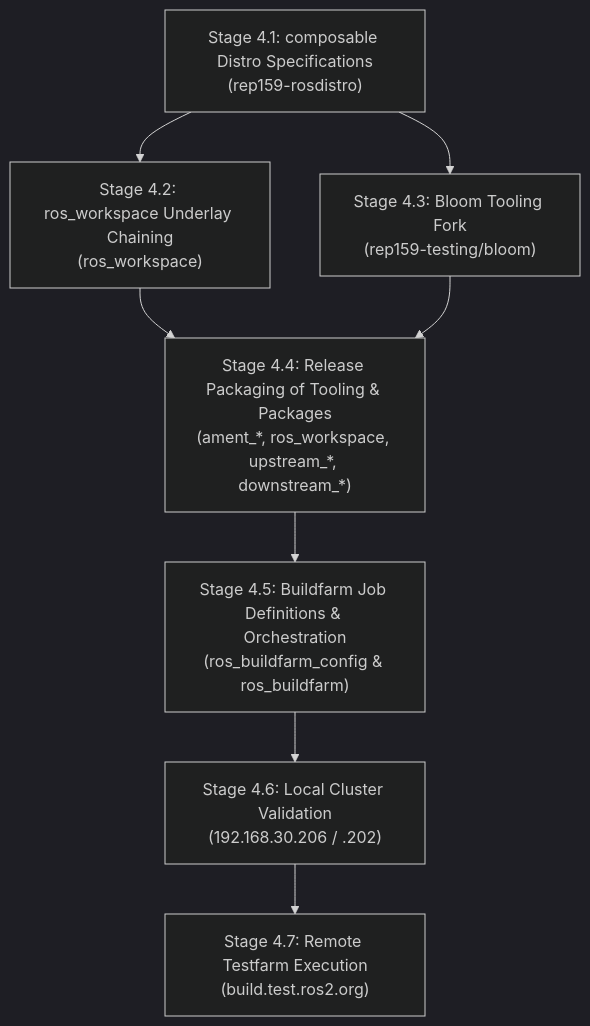
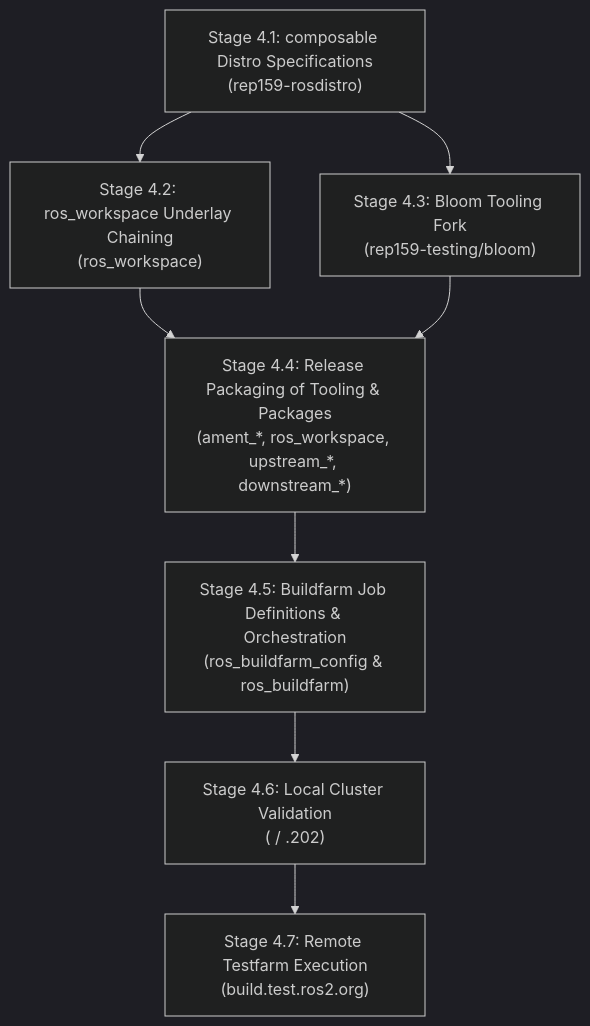
The second of 3 diagrams in STAGE4_COMPOSABLE_WORKSPACE_PLAN.md (KmoM88/rep159-testing), drawn with Mermaid (dark theme) before and after one commit. The commit also changed other lines of this file and 22 other files, not shown here.

Commit message:
Consolidate table/diagram docs, adopt jrivero commits, update Stage 1-3 testfarm evidence, and sanitize local endpoints

````diff
--- a/STAGE4_COMPOSABLE_WORKSPACE_PLAN.md
+++ b/STAGE4_COMPOSABLE_WORKSPACE_PLAN.md
@@ -119,18 +119,18 @@
 ```mermaid
 flowchart TD
     S41["Stage 4.1: composable Distro Specifications<br>(rep159-rosdistro)"]
     S42["Stage 4.2: ros_workspace Underlay Chaining<br>(ros_workspace)"]
     S43["Stage 4.3: Bloom Tooling Fork<br>(rep159-testing/bloom)"]
     S44["Stage 4.4: Release Packaging of Tooling & Packages<br>(ament_*, ros_workspace, upstream_*, downstream_*)"]
     S45["Stage 4.5: Buildfarm Job Definitions & Orchestration<br>(ros_buildfarm_config & ros_buildfarm)"]
-    S46["Stage 4.6: Local Cluster Validation<br>(192.168.30.206 / .202)"]
+    S46["Stage 4.6: Local Cluster Validation<br>(<local-jenkins-host> / .202)"]
     S47["Stage 4.7: Remote Testfarm Execution<br>(build.test.ros2.org)"]
 
     S41 --> S42
     S41 --> S43
     S42 --> S44
     S43 --> S44
     S44 --> S45
     S45 --> S46
     S46 --> S47
 ```
````
